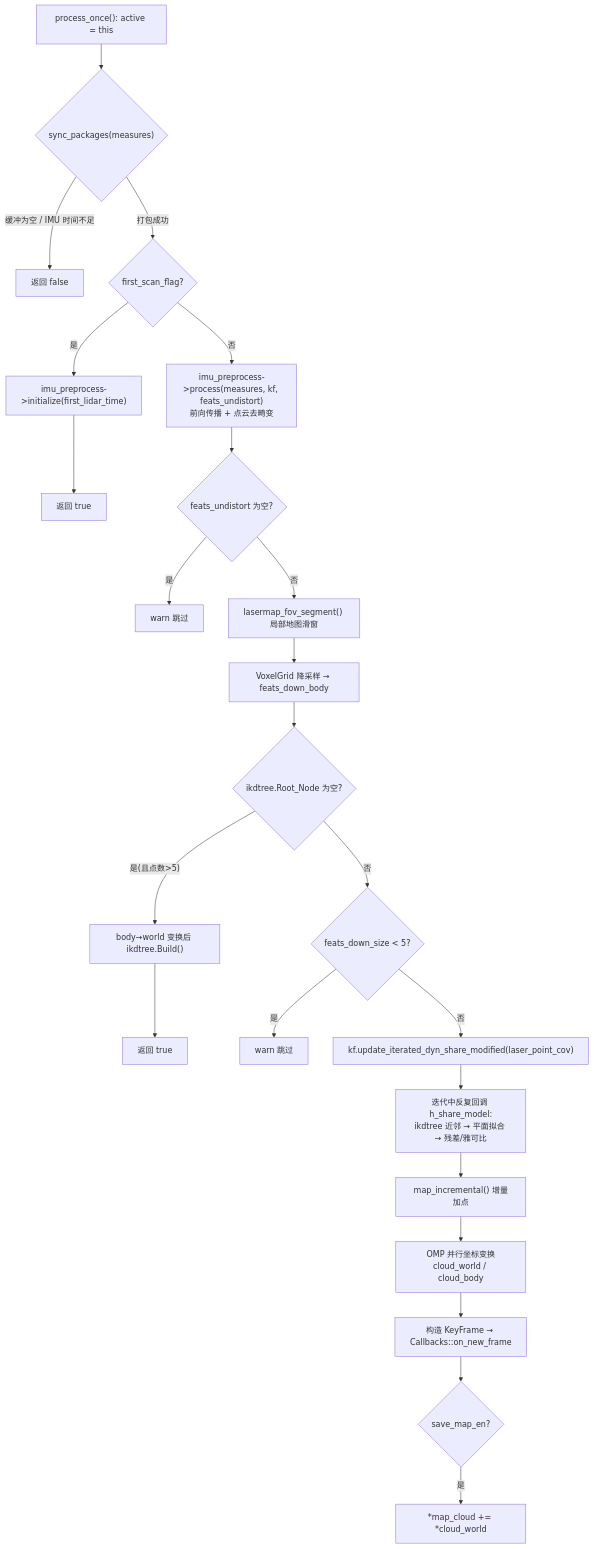
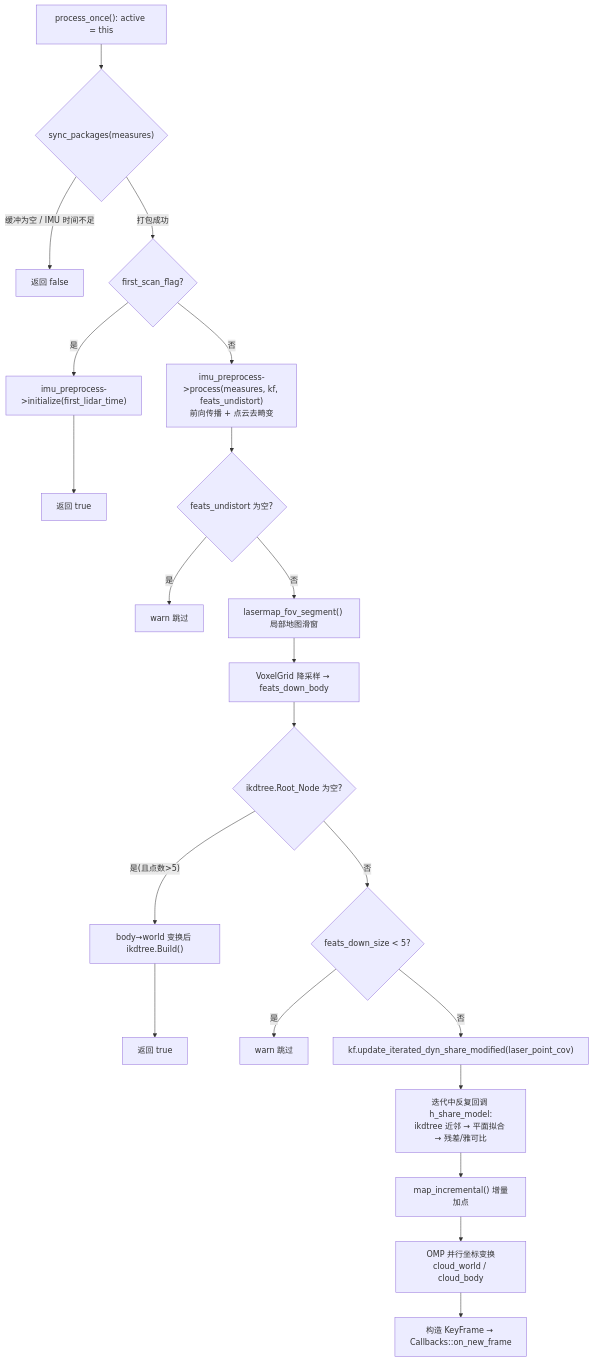
One commit to AphroraC/asuka changed the first of 2 diagrams in docs/wiki/odometry/02.md. Above: the diagram before and after it, drawn with Mermaid. The commit also changed other lines of this file and 30 other files, not shown here.

````diff
--- a/docs/wiki/odometry/02.md
+++ b/docs/wiki/odometry/02.md
@@ -47,23 +47,21 @@
 ```mermaid
 flowchart TD
     A["process_once(): active = this"] --> B{"sync_packages(measures)"}
     B -- "缓冲为空 / IMU 时间不足" --> Z["返回 false"]
     B -- "打包成功" --> C{"first_scan_flag?"}
     C -- "是" --> C1["imu_preprocess->initialize(first_lidar_time)"] --> Z2["返回 true"]
     C -- "否" --> D["imu_preprocess->process(measures, kf, feats_undistort)<br/>前向传播 + 点云去畸变"]
     D --> E{"feats_undistort 为空?"}
     E -- "是" --> Z3["warn 跳过"]
     E -- "否" --> F["lasermap_fov_segment() 局部地图滑窗"]
     F --> G["VoxelGrid 降采样 → feats_down_body"]
     G --> H{"ikdtree.Root_Node 为空?"}
     H -- "是(且点数>5)" --> H1["body→world 变换后 ikdtree.Build()"] --> Z4["返回 true"]
     H -- "否" --> I{"feats_down_size < 5?"}
     I -- "是" --> Z5["warn 跳过"]
     I -- "否" --> J["kf.update_iterated_dyn_share_modified(laser_point_cov)"]
     J --> K["迭代中反复回调 h_share_model:<br/>ikdtree 近邻 → 平面拟合 → 残差/雅可比"]
     K --> L["map_incremental() 增量加点"]
     L --> M["OMP 并行坐标变换<br/>cloud_world / cloud_body"]
     M --> N["构造 KeyFrame → Callbacks::on_new_frame"]
-    N --> O{"save_map_en?"}
-    O -- "是" --> P["*map_cloud += *cloud_world"]
 ```
````
